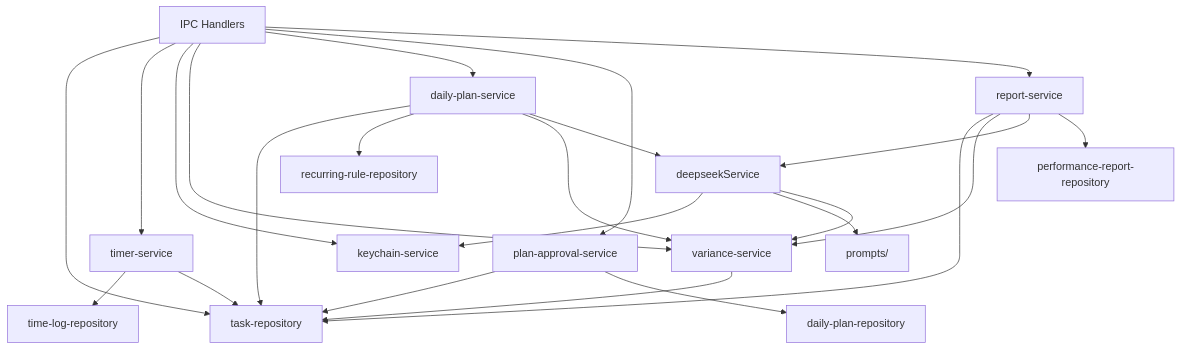
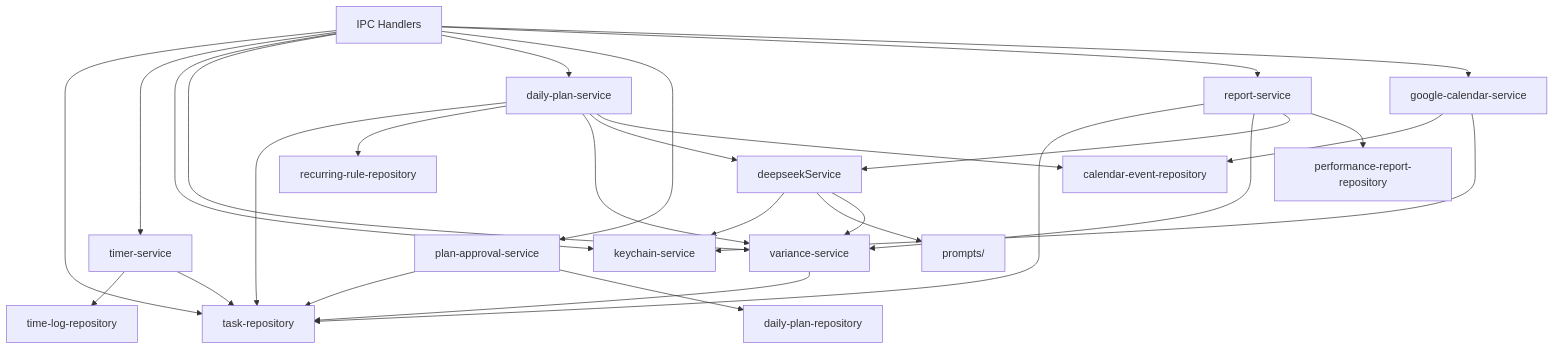
Before and after one commit to thanhhuyvochau/todo-ultimate: the third of 9 diagrams in ARCHITECTURE.md, drawn with Mermaid. The commit also changed other lines of this file and 24 other files, not shown here.

First line of the commit message:
feat: integrate Google Calendar functionality

````diff
--- a/ARCHITECTURE.md
+++ b/ARCHITECTURE.md
@@ -283,31 +303,36 @@
 ```mermaid
 graph TD
     Handlers[IPC Handlers] --> taskRepo[task-repository]
     Handlers --> timerSvc[timer-service]
     Handlers --> keychainSvc[keychain-service]
     Handlers --> varianceSvc[variance-service]
     Handlers --> dailyPlanSvc[daily-plan-service]
     Handlers --> planApprovalSvc[plan-approval-service]
     Handlers --> reportSvc[report-service]
+    Handlers --> calendarSvc[google-calendar-service]
 
     timerSvc --> timeLogRepo[time-log-repository]
     timerSvc --> taskRepo
 
     dailyPlanSvc --> taskRepo
     dailyPlanSvc --> recurringRuleRepo[recurring-rule-repository]
     dailyPlanSvc --> varianceSvc
     dailyPlanSvc --> deepseekSvc[deepseekService]
+    dailyPlanSvc --> calendarEventRepo[calendar-event-repository]
+
+    calendarSvc --> calendarEventRepo
+    calendarSvc --> keychainSvc
 
     planApprovalSvc --> taskRepo
     planApprovalSvc --> dailyPlanRepo[daily-plan-repository]
 
     reportSvc --> taskRepo
     reportSvc --> varianceSvc
     reportSvc --> deepseekSvc
     reportSvc --> perfReportRepo[performance-report-repository]
 
     varianceSvc --> taskRepo
     deepseekSvc --> keychainSvc
     deepseekSvc --> prompts[prompts/]
     deepseekSvc --> varianceSvc
 ```
````
